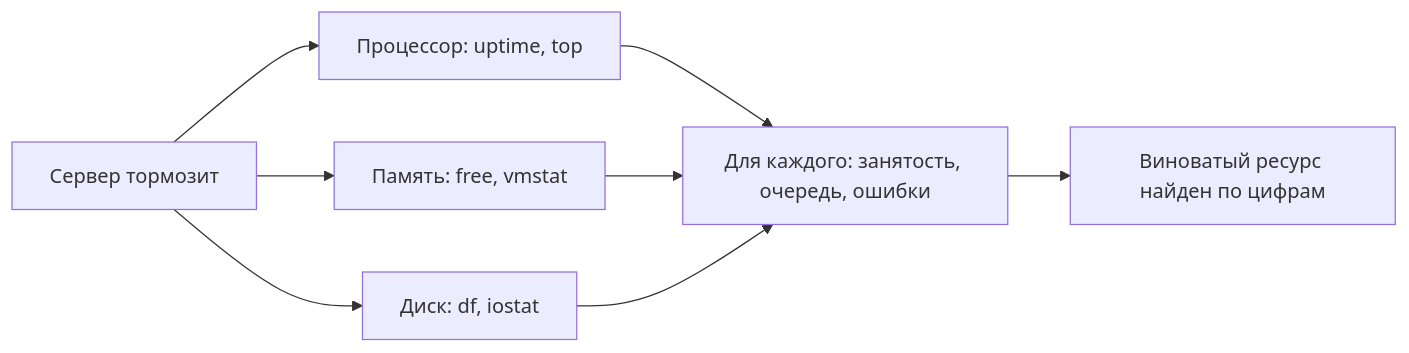
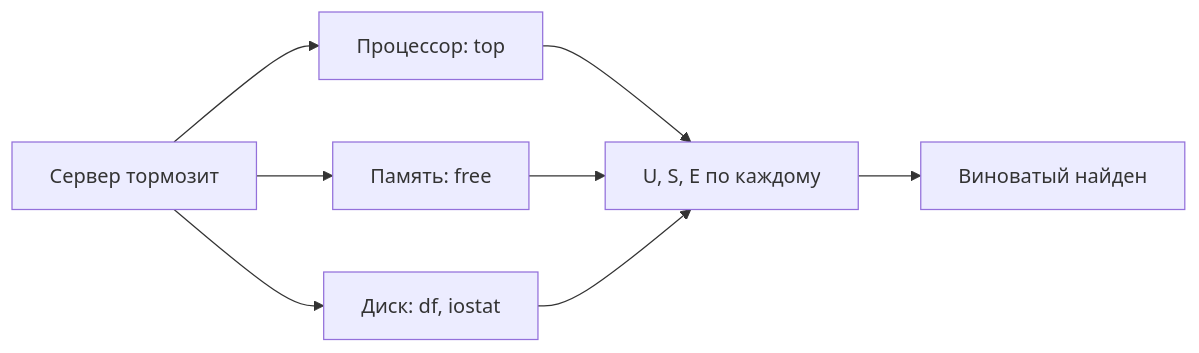
The fourth of 4 diagrams in devops/01-linux/05-disk-memory-cpu.md (distinguished-sre/learning), drawn with Mermaid before and after one commit. The commit also changed other lines of this file and 462 other files, not shown here.

````diff
--- a/devops/01-linux/05-disk-memory-cpu.md
+++ b/devops/01-linux/05-disk-memory-cpu.md
@@ -637,10 +513,10 @@
 ```mermaid
 flowchart LR
-    S["Сервер тормозит"] --> CPU["Процессор: uptime, top"]
-    S --> MEM["Память: free, vmstat"]
+    S["Сервер тормозит"] --> CPU["Процессор: top"]
+    S --> MEM["Память: free"]
     S --> DSK["Диск: df, iostat"]
-    CPU --> R["Для каждого: занятость, очередь, ошибки"]
+    CPU --> R["U, S, E по каждому"]
     MEM --> R
     DSK --> R
-    R --> V["Виноватый ресурс найден по цифрам"]
+    R --> V["Виноватый найден"]
 ```
````
